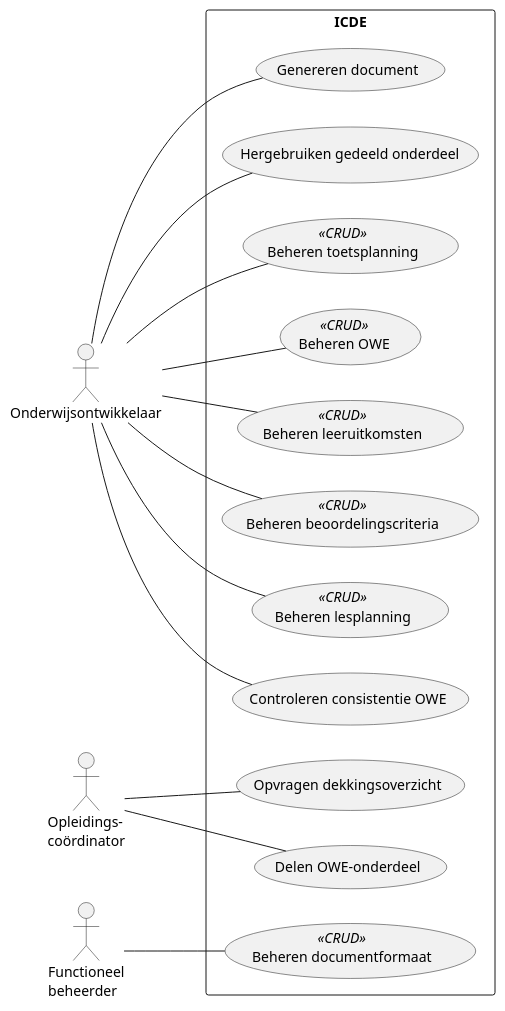
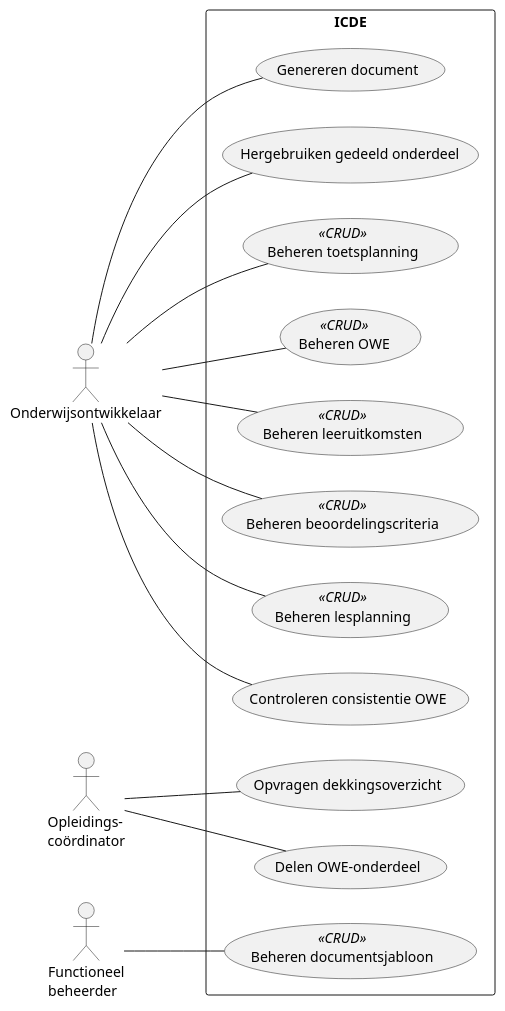
One commit to HAN-Craftsmanship-KL-JJG/casus changed the diagram in docs/diagrams/use-case-diagram.puml. Above: the diagram before and after it, drawn with PlantUML. The commit also changed 2 other files, not shown here.

Commit message:
docs: rename UC10 to Beheren documentsjabloon
After the choice of PDF or Word, "formaat" reads as a file type. UC10 manages the templates
that set the content and layout of generated documents.

Refs #2

```diff
--- a/docs/diagrams/use-case-diagram.puml
+++ b/docs/diagrams/use-case-diagram.puml
@@ -1,39 +1,39 @@
 @startuml use-case-diagram
 ' Use case diagram van ICDE. Toelichting: docs/use-cases.md
 left to right direction
 skinparam packageStyle rectangle
 skinparam shadowing false
 skinparam defaultFontName Helvetica
 
 actor Onderwijsontwikkelaar as ontwikkelaar
 actor "Opleidings-\ncoördinator" as coordinator
 actor "Functioneel\nbeheerder" as beheerder
 
 rectangle ICDE {
   usecase "Beheren OWE" as UC01 <<CRUD>>
   usecase "Beheren leeruitkomsten" as UC02 <<CRUD>>
   usecase "Beheren beoordelingscriteria" as UC03 <<CRUD>>
   usecase "Beheren lesplanning" as UC04 <<CRUD>>
   usecase "Controleren consistentie OWE" as UC05
   usecase "Genereren document" as UC06
   usecase "Hergebruiken gedeeld onderdeel" as UC07
   usecase "Opvragen dekkingsoverzicht" as UC08
   usecase "Delen OWE-onderdeel" as UC09
-  usecase "Beheren documentformaat" as UC10 <<CRUD>>
+  usecase "Beheren documentsjabloon" as UC10 <<CRUD>>
   usecase "Beheren toetsplanning" as UC11 <<CRUD>>
 }
 
 ontwikkelaar -- UC01
 ontwikkelaar -- UC02
 ontwikkelaar -- UC03
 ontwikkelaar -- UC04
 ontwikkelaar -- UC05
 ontwikkelaar -- UC06
 ontwikkelaar -- UC07
 ontwikkelaar -- UC11
 
 coordinator -- UC08
 coordinator -- UC09
 
 beheerder -- UC10
 @enduml
```
